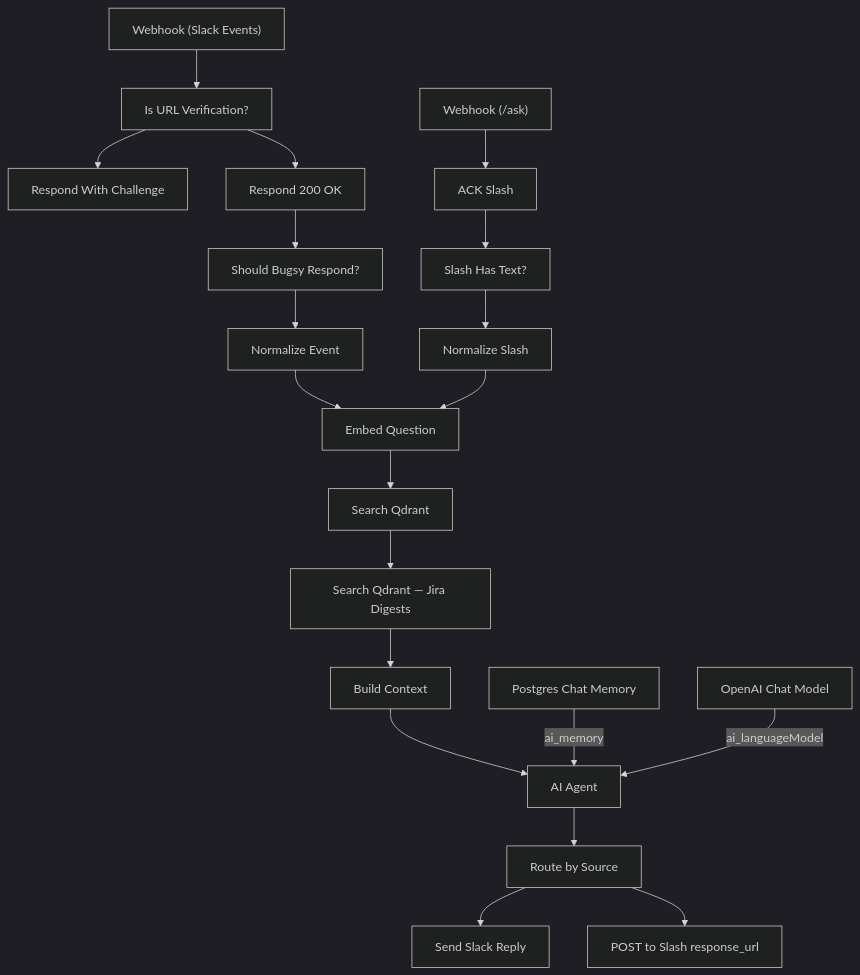
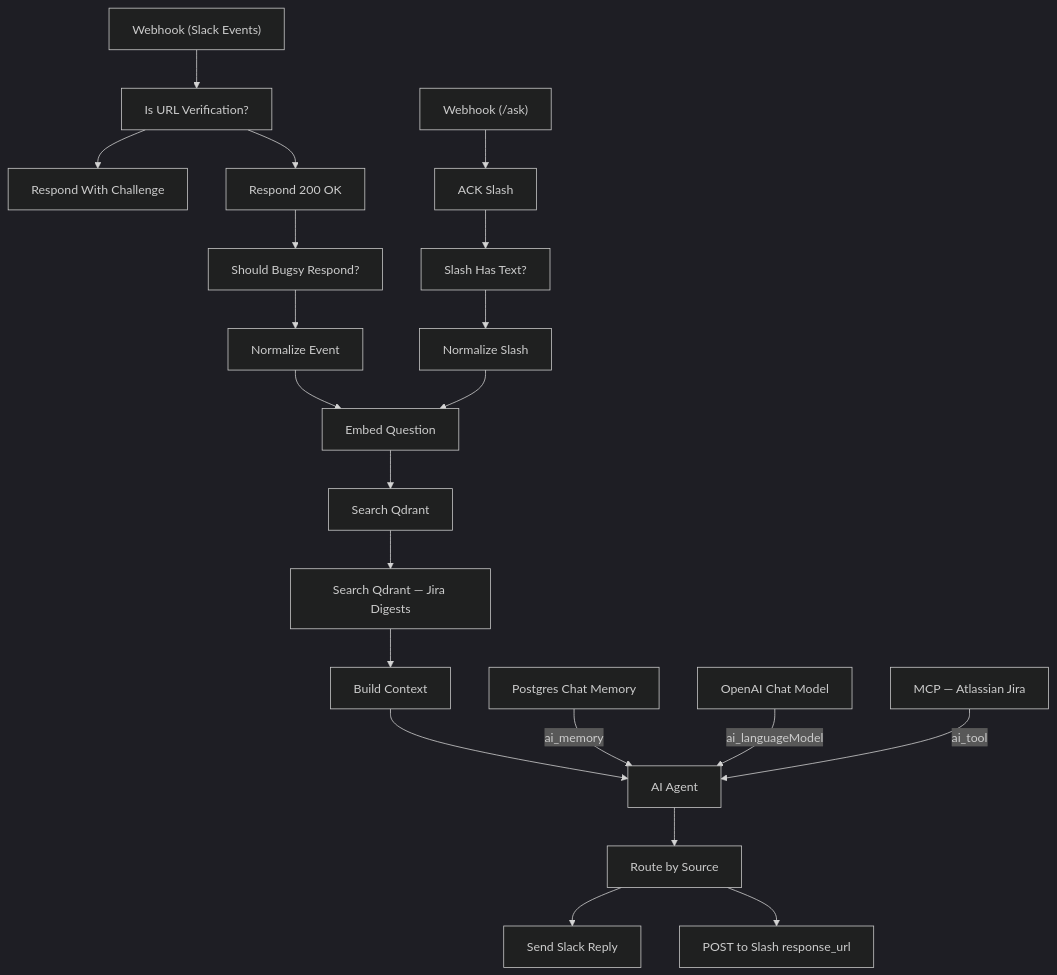
One commit to anthonycoffey/_agent changed the second of 2 diagrams in docs/workflows/bugsy-unified.md. Above: the diagram before and after it, drawn with Mermaid (dark theme). The commit also changed other lines of this file and 4 other files, not shown here.

````diff
--- a/docs/workflows/bugsy-unified.md
+++ b/docs/workflows/bugsy-unified.md
@@ -112,42 +112,44 @@
 ```mermaid
 flowchart TD
   webhook_slack_events["Webhook (Slack Events)"]
   is_url_verification["Is URL Verification?"]
   respond_with_challenge["Respond With Challenge"]
   respond_200_ok["Respond 200 OK"]
   should_bugsy_respond["Should Bugsy Respond?"]
   normalize_event["Normalize Event"]
   webhook_ask["Webhook (/ask)"]
   ack_slash["ACK Slash"]
   slash_has_text["Slash Has Text?"]
   normalize_slash["Normalize Slash"]
   embed_question["Embed Question"]
   search_qdrant["Search Qdrant"]
   search_qdrant_jira_digests["Search Qdrant — Jira Digests"]
   build_context["Build Context"]
   ai_agent["AI Agent"]
   postgres_chat_memory["Postgres Chat Memory"]
   openai_chat_model["OpenAI Chat Model"]
+  mcp_atlassian_jira["MCP — Atlassian Jira"]
   route_by_source["Route by Source"]
   send_slack_reply["Send Slack Reply"]
   post_to_slash_response_url["POST to Slash response_url"]
   webhook_slack_events --> is_url_verification
   is_url_verification --> respond_with_challenge
   is_url_verification --> respond_200_ok
   respond_200_ok --> should_bugsy_respond
   should_bugsy_respond --> normalize_event
   normalize_event --> embed_question
   webhook_ask --> ack_slash
   ack_slash --> slash_has_text
   slash_has_text --> normalize_slash
   normalize_slash --> embed_question
   embed_question --> search_qdrant
   search_qdrant --> search_qdrant_jira_digests
   search_qdrant_jira_digests --> build_context
   build_context --> ai_agent
   postgres_chat_memory -->|ai_memory| ai_agent
   openai_chat_model -->|ai_languageModel| ai_agent
+  mcp_atlassian_jira -->|ai_tool| ai_agent
   ai_agent --> route_by_source
   route_by_source --> send_slack_reply
   route_by_source --> post_to_slash_response_url
 ```
````
